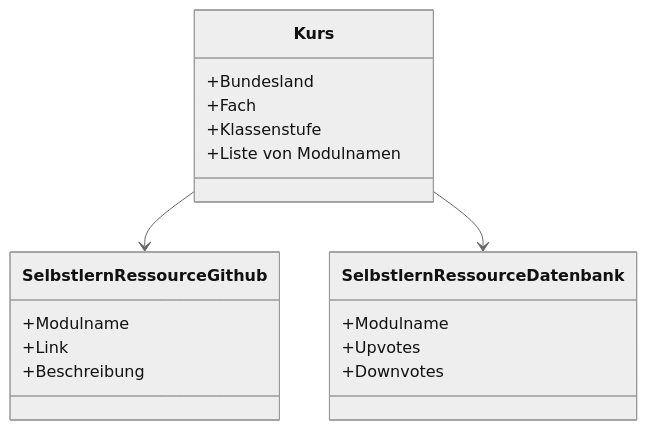
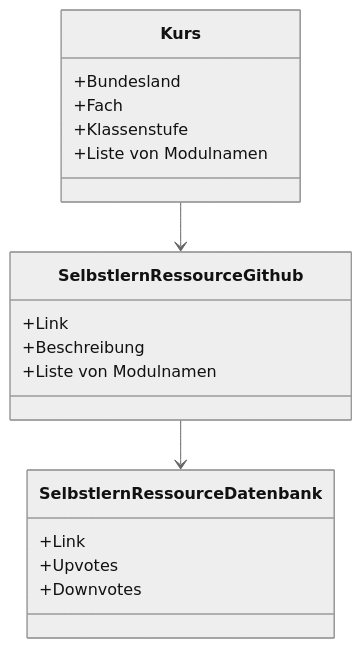
Before and after one commit to davidpomerenke/lernplattform: the second of 5 diagrams in diagramme.md, drawn with Mermaid (neutral theme). The commit also changed other lines of this file and 7 other files, not shown here.

````diff
--- a/diagramme.md
+++ b/diagramme.md
@@ -30,25 +27,25 @@
 ```mermaid
 classDiagram
 
 class Kurs {
 	+Bundesland
 	+Fach
 	+Klassenstufe
 	+Liste von Modulnamen
 }
 
 class SelbstlernRessourceGithub {
-	+Modulname
 	+Link
 	+Beschreibung
+	+Liste von Modulnamen
 }
 
 class SelbstlernRessourceDatenbank {
-	+Modulname
+	+Link
 	+Upvotes
 	+Downvotes
 }
 
 Kurs --> SelbstlernRessourceGithub
-Kurs --> SelbstlernRessourceDatenbank
+SelbstlernRessourceGithub --> SelbstlernRessourceDatenbank
 ```
````
